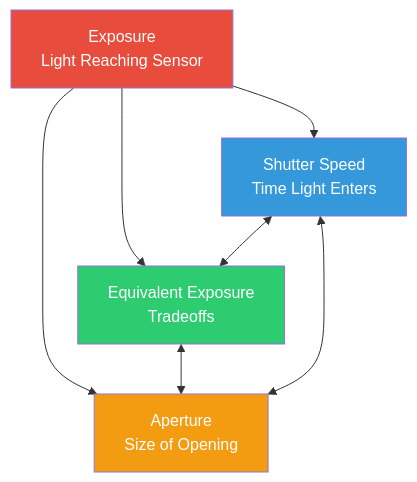
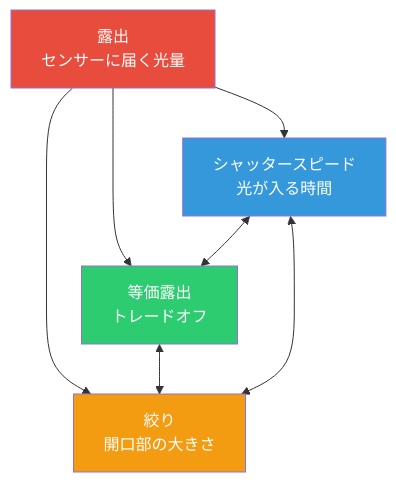
One commit to zoozooll/AndroidCameraParameters changed the diagram in website/i18n/ja/docusaurus-plugin-content-docs/current/camera2/exposure.md. Above: the diagram before and after it, drawn with Mermaid. The commit also changed other lines of this file and 378 other files, not shown here.

````diff
--- a/website/i18n/ja/docusaurus-plugin-content-docs/current/camera2/exposure.md
+++ b/website/i18n/ja/docusaurus-plugin-content-docs/current/camera2/exposure.md
@@ -14,13 +14,13 @@
 ```mermaid
 graph TD
-    A[Exposure<br/>Light Reaching Sensor] --> B[Shutter Speed<br/>Time Light Enters]
-    A --> C[ISO<br/>Sensor Sensitivity]
-    A --> D[Aperture<br/>Size of Opening]
-    B <--> C[Equivalent Exposure<br/>Tradeoffs]
+    A["露出<br/>センサーに届く光量"] --> B["シャッタースピード<br/>光が入る時間"]
+    A --> C[ISO<br/>センサーの感度]
+    A --> D[絞り<br/>開口部の大きさ]
+    B <--> C[等価露出<br/>トレードオフ]
     C <--> D
     B <--> D
     style A fill:#e74c3c,color:#fff
     style B fill:#3498db,color:#fff
     style C fill:#2ecc71,color:#fff
     style D fill:#f39c12,color:#fff
 ```
````
